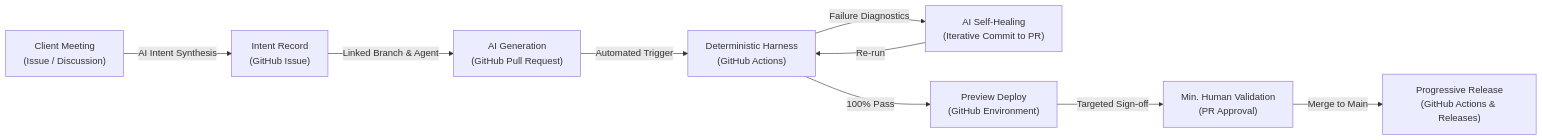
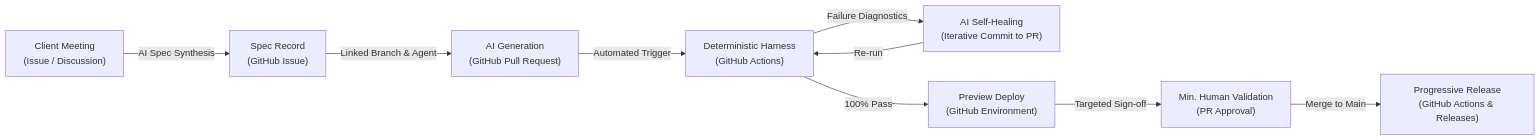
The diagram in website/docs/guide/tooling.md (ALTEN-group/agentic-software-factory), drawn with Mermaid before and after one commit. The commit also changed other lines of this file and 27 other files, not shown here.

````diff
--- a/website/docs/guide/tooling.md
+++ b/website/docs/guide/tooling.md
@@ -45,14 +45,14 @@
 ```mermaid
 ---
 caption: Unbroken AI context chain in a unified GitHub ecosystem
 ---
 flowchart LR
-    MEET["Client Meeting<br>(Issue / Discussion)"] -->|AI Intent Synthesis| INTENT["Intent Record<br>(GitHub Issue)"]
+    MEET["Client Meeting<br>(Issue / Discussion)"] -->|AI Spec Synthesis| INTENT["Spec Record<br>(GitHub Issue)"]
     INTENT -->|Linked Branch & Agent| PR["AI Generation<br>(GitHub Pull Request)"]
     PR -->|Automated Trigger| CI["Deterministic Harness<br>(GitHub Actions)"]
     CI -->|Failure Diagnostics| SH["AI Self-Healing<br>(Iterative Commit to PR)"]
     SH -->|Re-run| CI
     CI -->|100% Pass| PREVIEW["Preview Deploy<br>(GitHub Environment)"]
     PREVIEW -->|Targeted Sign-off| MHV["Min. Human Validation<br>(PR Approval)"]
     MHV -->|Merge to Main| REL["Progressive Release<br>(GitHub Actions & Releases)"]
 ```
````
